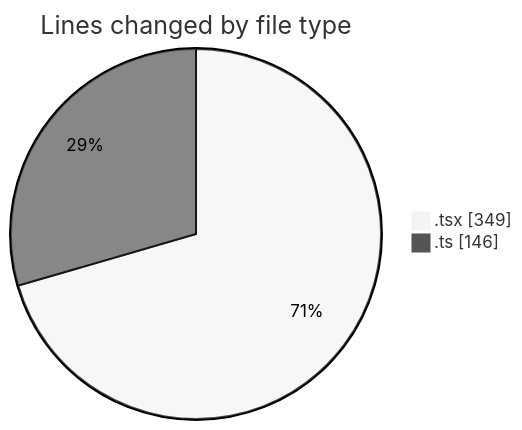
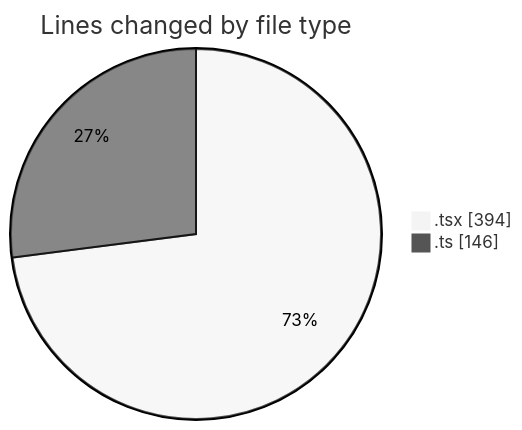
Before and after one commit to robertbonfada/code-tracking: the first of 2 diagrams in 2025-05-20/mbc-web/README.md, drawn with Mermaid (neutral theme). The commit also changed other lines of this file and 1 other file, not shown here.

````diff
--- a/2025-05-20/mbc-web/README.md
+++ b/2025-05-20/mbc-web/README.md
@@ -23,6 +24,6 @@
 ```mermaid
 pie showData
 title Lines changed by file type
-".tsx" : 349
+".tsx" : 394
 ".ts" : 146
 ```
````
